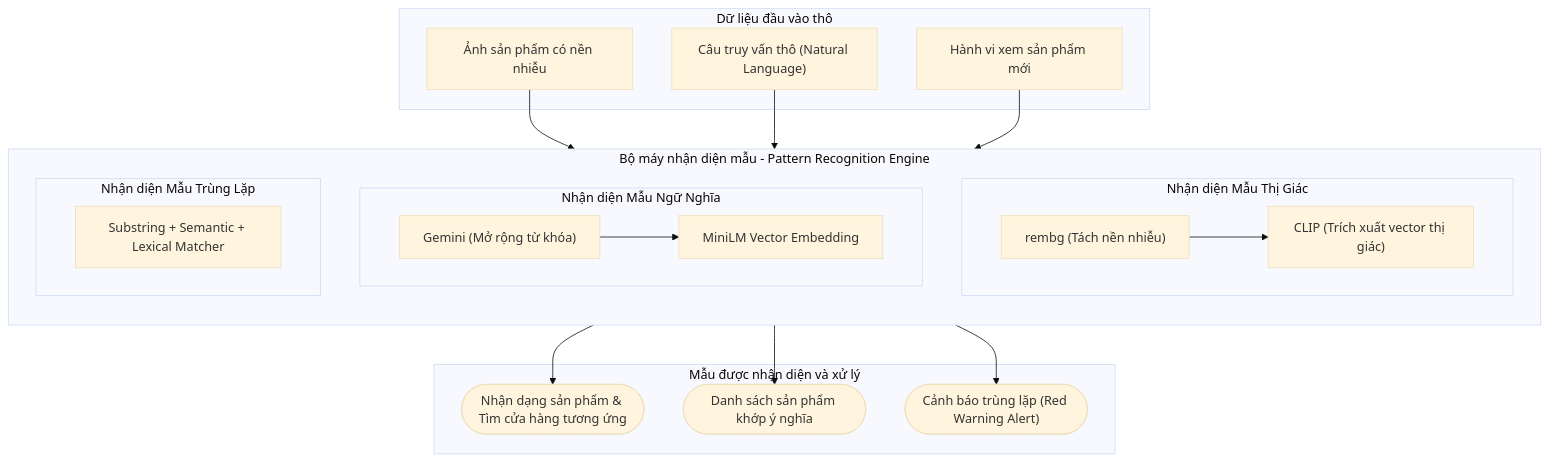
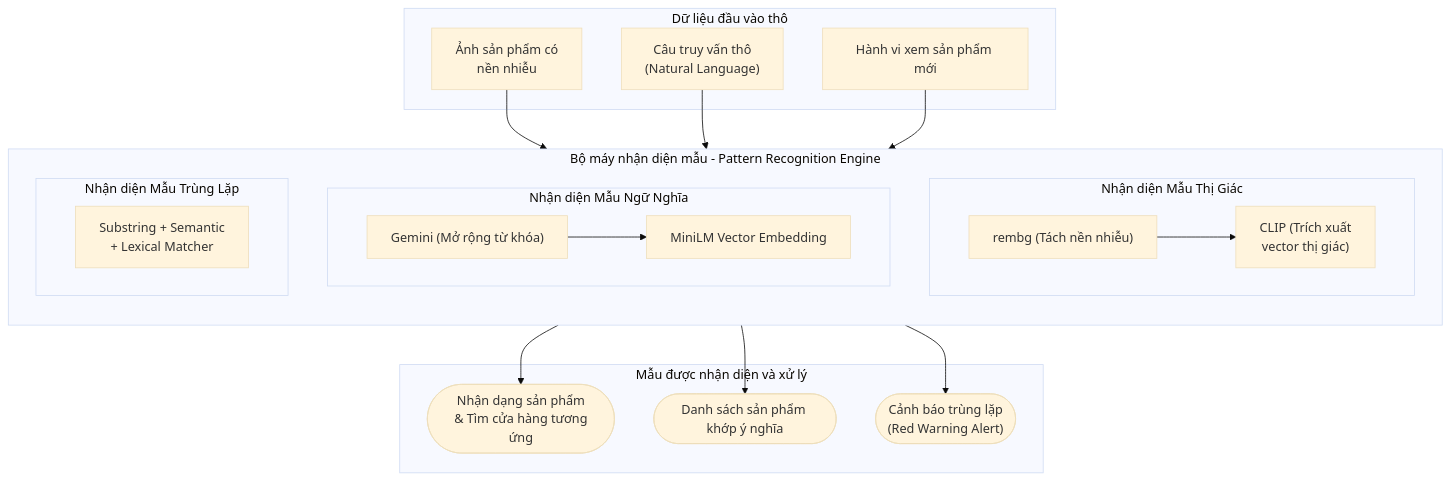
Before and after one commit to KhangDinh610/Smart-Travel-System-Project: the second of 8 diagrams in README.md, drawn with Mermaid (base theme). The commit also changed other lines of this file and 4 other files, not shown here.

````diff
--- a/README.md
+++ b/README.md
@@ -354,37 +354,37 @@
 ```mermaid
 flowchart TD
     subgraph INPUTS [Dữ liệu đầu vào thô]
-        I1["Ảnh sản phẩm có nền nhiễu"]
-        I2["Câu truy vấn thô (Natural Language)"]
+        I1["Ảnh sản phẩm có\n nền nhiễu"]
+        I2["Câu truy vấn thô\n (Natural Language)"]
         I3["Hành vi xem sản phẩm mới"]
     end
 
     subgraph ENGINE [Bộ máy nhận diện mẫu - Pattern Recognition Engine]
         direction TB
         subgraph Vision_PR [Nhận diện Mẫu Thị Giác]
-            V1["rembg (Tách nền nhiễu)"] --> V2["CLIP (Trích xuất vector thị giác)"]
+            V1["rembg (Tách nền nhiễu)"] --> V2["CLIP (Trích xuất\n vector thị giác)"]
         end
         
         subgraph NLP_PR [Nhận diện Mẫu Ngữ Nghĩa]
             N1["Gemini (Mở rộng từ khóa)"] --> N2["MiniLM Vector Embedding"]
         end
         
         subgraph Dup_PR [Nhận diện Mẫu Trùng Lặp]
-            D1["Substring + Semantic + Lexical Matcher"]
+            D1["Substring + Semantic \n+ Lexical Matcher"]
         end
     end
 
     subgraph OUTPUTS [Mẫu được nhận diện và xử lý]
-        O1(["Nhận dạng sản phẩm & Tìm cửa hàng tương ứng"])
+        O1(["Nhận dạng sản phẩm\n & Tìm cửa hàng tương ứng"])
         O2(["Danh sách sản phẩm khớp ý nghĩa"])
-        O3(["Cảnh báo trùng lặp (Red Warning Alert)"])
+        O3(["Cảnh báo trùng lặp\n (Red Warning Alert)"])
     end
 
     I1 --> Vision_PR
     I2 --> NLP_PR
     I3 --> Dup_PR
 
     Vision_PR --> O1
     NLP_PR --> O2
     Dup_PR --> O3
 ```
````
